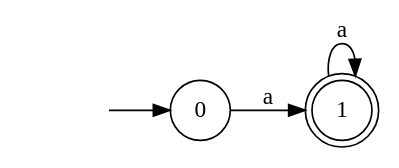
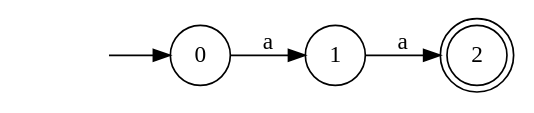
One commit to Faymiaouent/Automa4U changed the diagram in dotfiles/DFA25.dot. Above: the diagram before and after it, drawn with Graphviz. The commit also changed 100 other files, not shown here.

```diff
--- a/dotfiles/DFA25.dot
+++ b/dotfiles/DFA25.dot
@@ -1,9 +1,10 @@
 digraph Automaton {
   rankdir = LR;
 node [shape=circle];
   initial [shape=plaintext,label=""];
   initial -> 0
   0 -> 1 [label="a"];
-1 [shape=doublecircle]; 
-  1 -> 1 [label="a"];
+node [shape=circle];
+  1 -> 2 [label="a"];
+2 [shape=doublecircle]; 
 }
```
